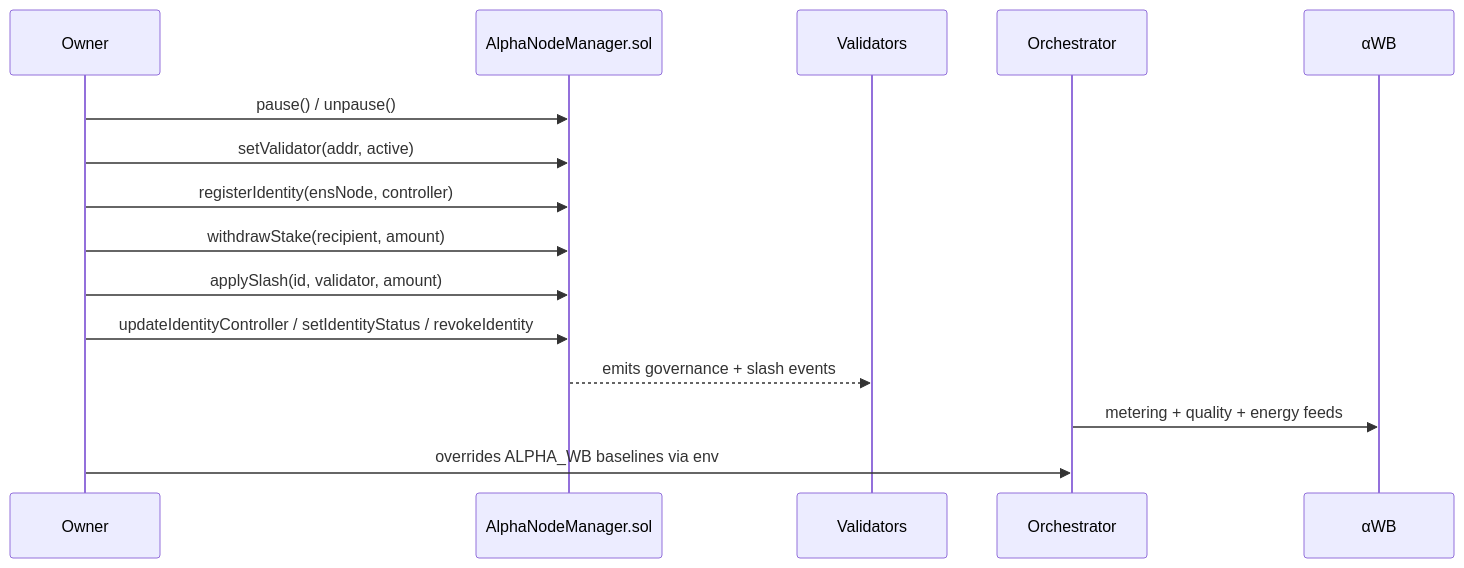
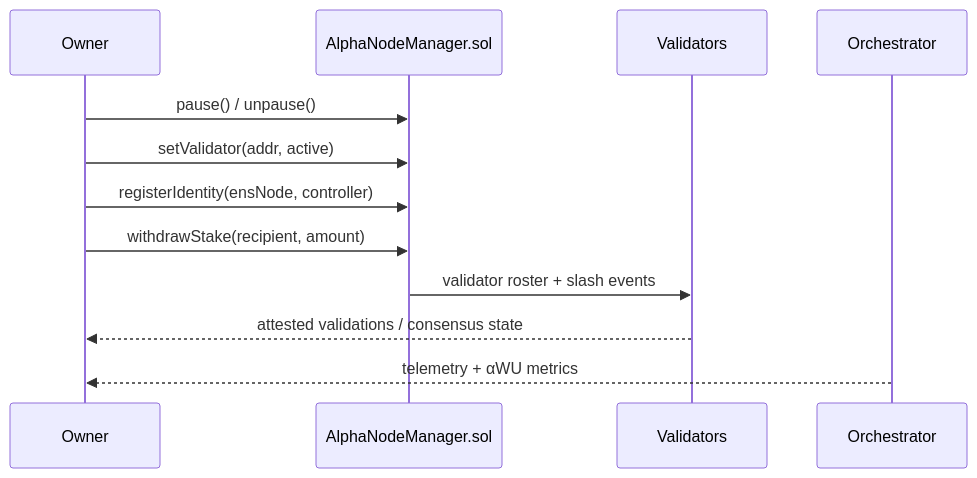
One commit to MontrealAI/AGI-Alpha-Node-v0 changed the fifth of 5 diagrams in README.md. Above: the diagram before and after it, drawn with Mermaid. The commit also changed other lines of this file and 8 other files, not shown here.

````diff
--- a/README.md
+++ b/README.md
@@ -195,17 +200,15 @@
 ```mermaid
 sequenceDiagram
   participant Owner
   participant AlphaNodeManager.sol
   participant Validators
   participant Orchestrator
-  participant αWB
+
   Owner->>AlphaNodeManager.sol: pause() / unpause()
   Owner->>AlphaNodeManager.sol: setValidator(addr, active)
   Owner->>AlphaNodeManager.sol: registerIdentity(ensNode, controller)
   Owner->>AlphaNodeManager.sol: withdrawStake(recipient, amount)
-  Owner->>AlphaNodeManager.sol: applySlash(id, validator, amount)
-  Owner->>AlphaNodeManager.sol: updateIdentityController / setIdentityStatus / revokeIdentity
-  AlphaNodeManager.sol-->>Validators: emits governance + slash events
-  Orchestrator->>αWB: metering + quality + energy feeds
-  Owner->>Orchestrator: overrides ALPHA_WB baselines via env
+  AlphaNodeManager.sol->>Validators: validator roster + slash events
+  Validators-->>Owner: attested validations / consensus state
+  Orchestrator-->>Owner: telemetry + αWU metrics
 ```
````
